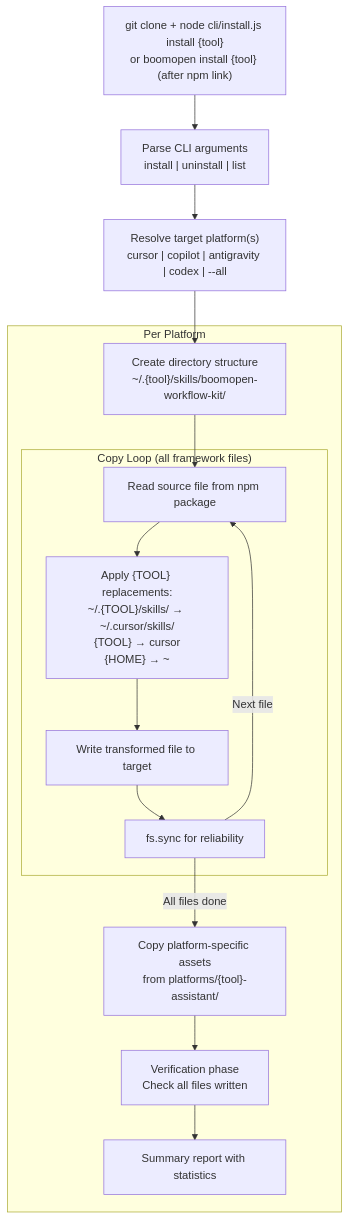
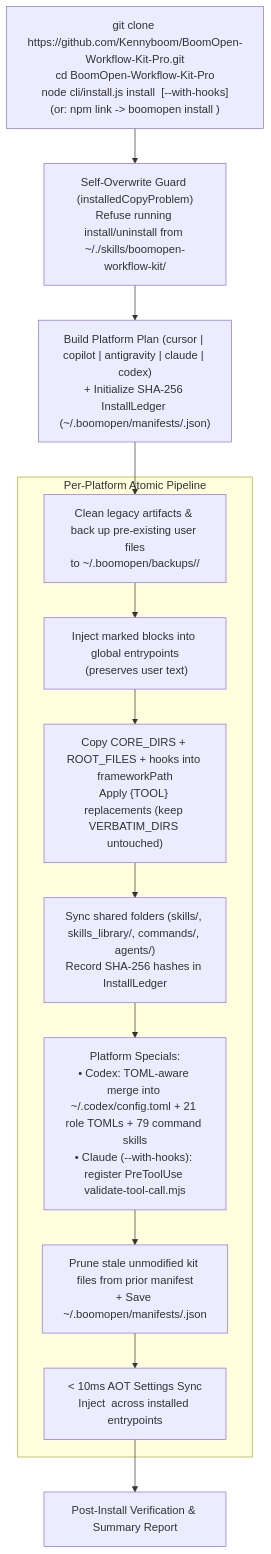
The second of 5 diagrams in documents/knowledge-architecture/03-data-flow.md (Kennyboom/BoomOpen-Workflow-Kit-Pro), drawn with Mermaid before and after one commit. The commit also changed other lines of this file and 302 other files, not shown here.

Commit message:
fix(workflows,docs): align 84 commands, 18 teams, 5 platforms, 17 READMEs & 50 knowledge docs to Pro v5.5

````diff
--- a/documents/knowledge-architecture/03-data-flow.md
+++ b/documents/knowledge-architecture/03-data-flow.md
@@ -91,29 +82,21 @@
 ```mermaid
 flowchart TD
-    START["git clone + node cli/install.js install {tool}<br/>or boomopen install {tool} (after npm link)"]
-    
-    PARSE["Parse CLI arguments<br/>install | uninstall | list"]
-    RESOLVE["Resolve target platform(s)<br/>cursor | copilot | antigravity | codex | --all"]
-    
-    subgraph "Per Platform"
-        DIRS["Create directory structure<br/>~/.{tool}/skills/boomopen-workflow-kit/"]
-        
-        subgraph "Copy Loop (all framework files)"
-            READ["Read source file from npm package"]
-            REPLACE["Apply {TOOL} replacements:<br/>~/.{TOOL}/skills/ → ~/.cursor/skills/<br/>{TOOL} → cursor<br/>{HOME} → ~"]
-            WRITE["Write transformed file to target"]
-            SYNC["fs.sync for reliability"]
-        end
-        
-        ASSETS["Copy platform-specific assets<br/>from platforms/{tool}-assistant/"]
-        VERIFY["Verification phase<br/>Check all files written"]
-        REPORT["Summary report with statistics"]
+    CLONE["git clone https://github.com/Kennyboom/BoomOpen-Workflow-Kit-Pro.git<br/>cd BoomOpen-Workflow-Kit-Pro<br/>node cli/install.js install <tool|--all> [--with-hooks]<br/>(or: npm link -> boomopen install <tool>)"]
+
+    GUARD["Self-Overwrite Guard (installedCopyProblem)<br/>Refuse running install/uninstall from ~/.<tool>/skills/boomopen-workflow-kit/"]
+    PLAN["Build Platform Plan (cursor | copilot | antigravity | claude | codex)<br/>+ Initialize SHA-256 InstallLedger (~/.boomopen/manifests/<tool>.json)"]
+
+    subgraph "Per-Platform Atomic Pipeline"
+        MIGRATE["Clean legacy artifacts & back up pre-existing user files<br/>to ~/.boomopen/backups/<tool>/"]
+        ENTRY["Inject marked blocks into global entrypoints<br/><!-- boomopen-workflow-kit-START/END --> (preserves user text)"]
+        FW["Copy CORE_DIRS + ROOT_FILES + hooks into frameworkPath<br/>Apply {TOOL} replacements (keep VERBATIM_DIRS untouched)"]
+        SHARED["Sync shared folders (skills/, skills_library/, commands/, agents/)<br/>Record SHA-256 hashes in InstallLedger"]
+        SPECIAL["Platform Specials:<br/>• Codex: TOML-aware merge into ~/.codex/config.toml + 21 role TOMLs + 79 command skills<br/>• Claude (--with-hooks): register PreToolUse validate-tool-call.mjs"]
+        PRUNE["Prune stale unmodified kit files from prior manifest<br/>+ Save ~/.boomopen/manifests/<tool>.json"]
+        AOT["< 10ms AOT Settings Sync<br/>Inject <!-- BOOMOPEN-SETTINGS-START/END --> across installed entrypoints"]
     end
 
-    START --> PARSE --> RESOLVE
-    RESOLVE --> DIRS
-    DIRS --> READ --> REPLACE --> WRITE --> SYNC
-    SYNC -->|"Next file"| READ
-    SYNC -->|"All files done"| ASSETS
-    ASSETS --> VERIFY --> REPORT
+    VERIFY["Post-Install Verification & Summary Report"]
+
+    CLONE --> GUARD --> PLAN --> MIGRATE --> ENTRY --> FW --> SHARED --> SPECIAL --> PRUNE --> AOT --> VERIFY
 ```
````
